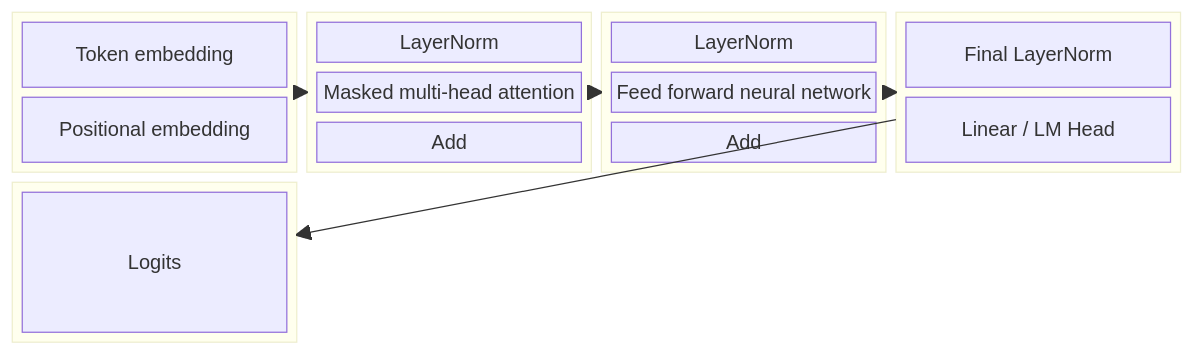
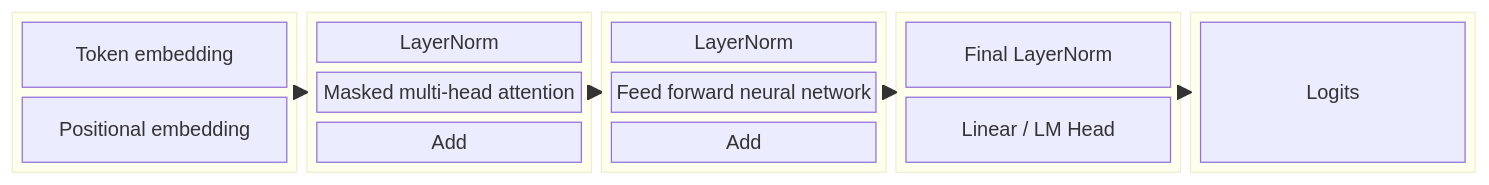
Before and after one commit to ChrisZhu2050/chriszhu2050.github.io: diagram 19 of 19 in index.md, drawn with Mermaid.

````diff
--- a/index.md
+++ b/index.md
@@ -532,36 +532,36 @@
       ```mermaid
           block
-          columns 4
+          columns 5
           block:group1:1
             columns 1
             a["Token embedding"]
             b["Positional embedding"]
           end
           block:group2:1
             columns 1
             LayerNorm
             c["Masked multi-head attention"]
             Add
           end
           block:group3:1
             columns 1
             d["LayerNorm"]
             e["Feed forward neural network"]
             h["Add"]
           end
           block:group4:1
             columns 1
             f["Final LayerNorm"]
             g["Linear / LM Head"]
             Add
           end
           block:group5:1
             columns 1
             Logits
           end
           group1 --> group2
           group2 --> group3
           group3 --> group4
           group4 --> group5
 
       ```
````
